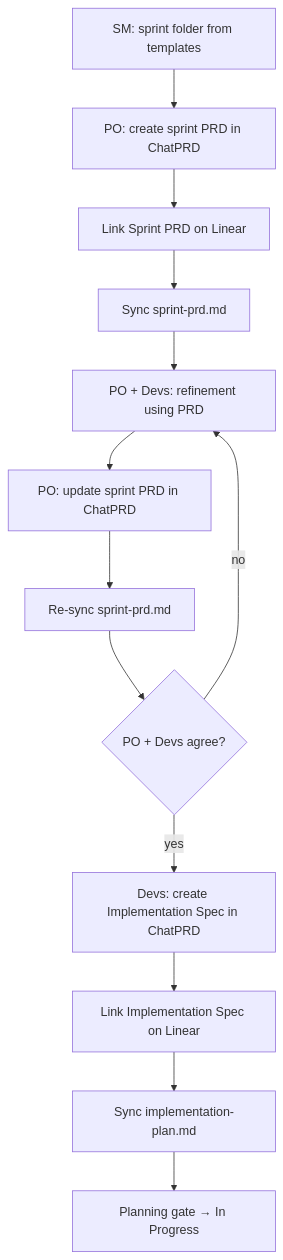
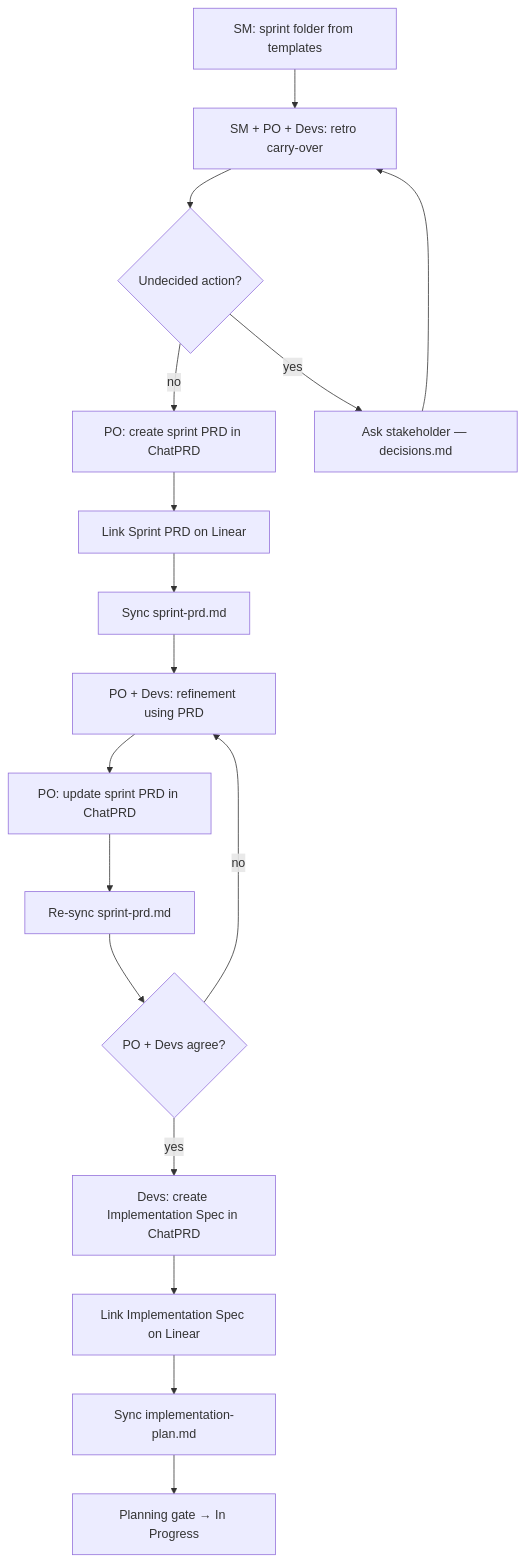
One commit to liebsoer/velumia changed the diagram in .cursor/plans/delivery/velumia-sprint-ceremony.plan.md. Above: the diagram before and after it, drawn with Mermaid. The commit also changed other lines of this file and 4 other files, not shown here.

First line of the commit message:
docs(ceremony): require retro carry-over before sprint PRD

````diff
--- a/.cursor/plans/delivery/velumia-sprint-ceremony.plan.md
+++ b/.cursor/plans/delivery/velumia-sprint-ceremony.plan.md
@@ -19,20 +19,27 @@
 ```mermaid
 flowchart TD
   SM[SM: sprint folder from templates]
+  Retro["SM + PO + Devs: retro carry-over"]
+  Stakeholder{Undecided action?}
   PRDCreate["PO: create sprint PRD in ChatPRD"]
   LinearLink1[Link Sprint PRD on Linear]
   SyncDown1[Sync sprint-prd.md]
   Refine["PO + Devs: refinement using PRD"]
   PRDUpdate["PO: update sprint PRD in ChatPRD"]
   SyncDown2[Re-sync sprint-prd.md]
   Agree{PO + Devs agree?}
   ImplCreate["Devs: create Implementation Spec in ChatPRD"]
   LinearLink2[Link Implementation Spec on Linear]
   SyncImpl[Sync implementation-plan.md]
   Gate[Planning gate → In Progress]
 
-  SM --> PRDCreate --> LinearLink1 --> SyncDown1 --> Refine
+  SM --> Retro
+  Retro --> Stakeholder
+  Stakeholder -->|yes| StakeholderAsk[Ask stakeholder — decisions.md]
+  StakeholderAsk --> Retro
+  Stakeholder -->|no| PRDCreate
+  PRDCreate --> LinearLink1 --> SyncDown1 --> Refine
   Refine --> PRDUpdate --> SyncDown2 --> Agree
   Agree -->|yes| ImplCreate --> LinearLink2 --> SyncImpl --> Gate
   Agree -->|no| Refine
 ```
````
